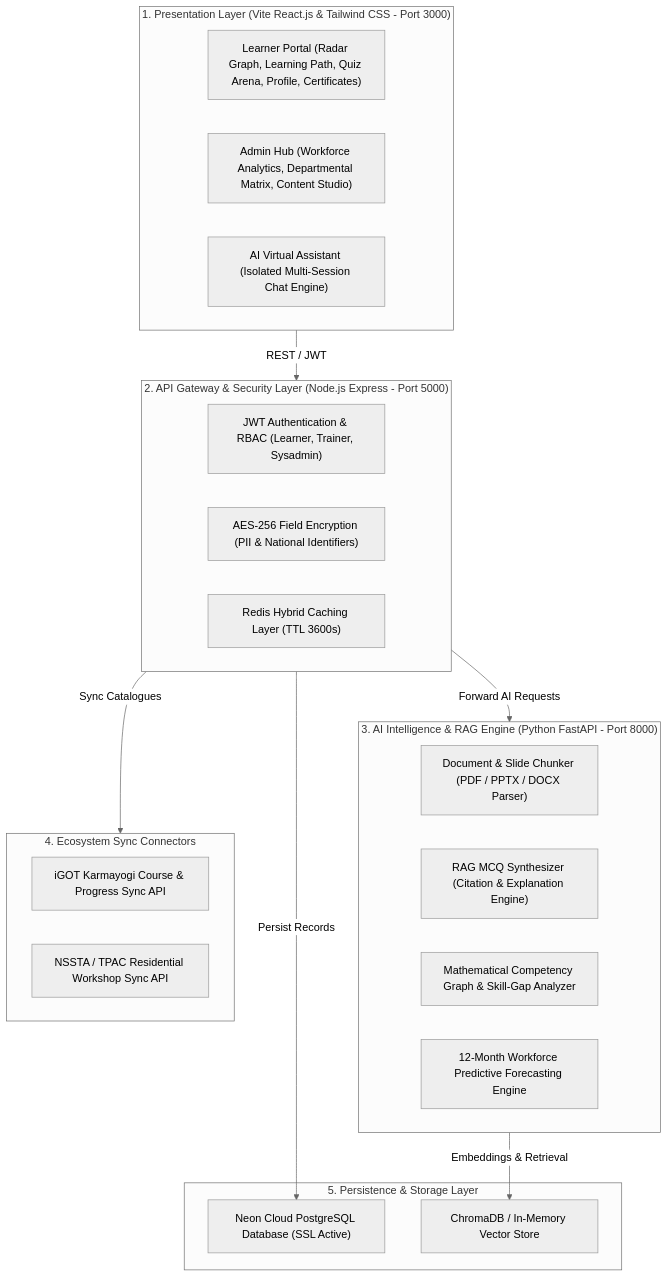
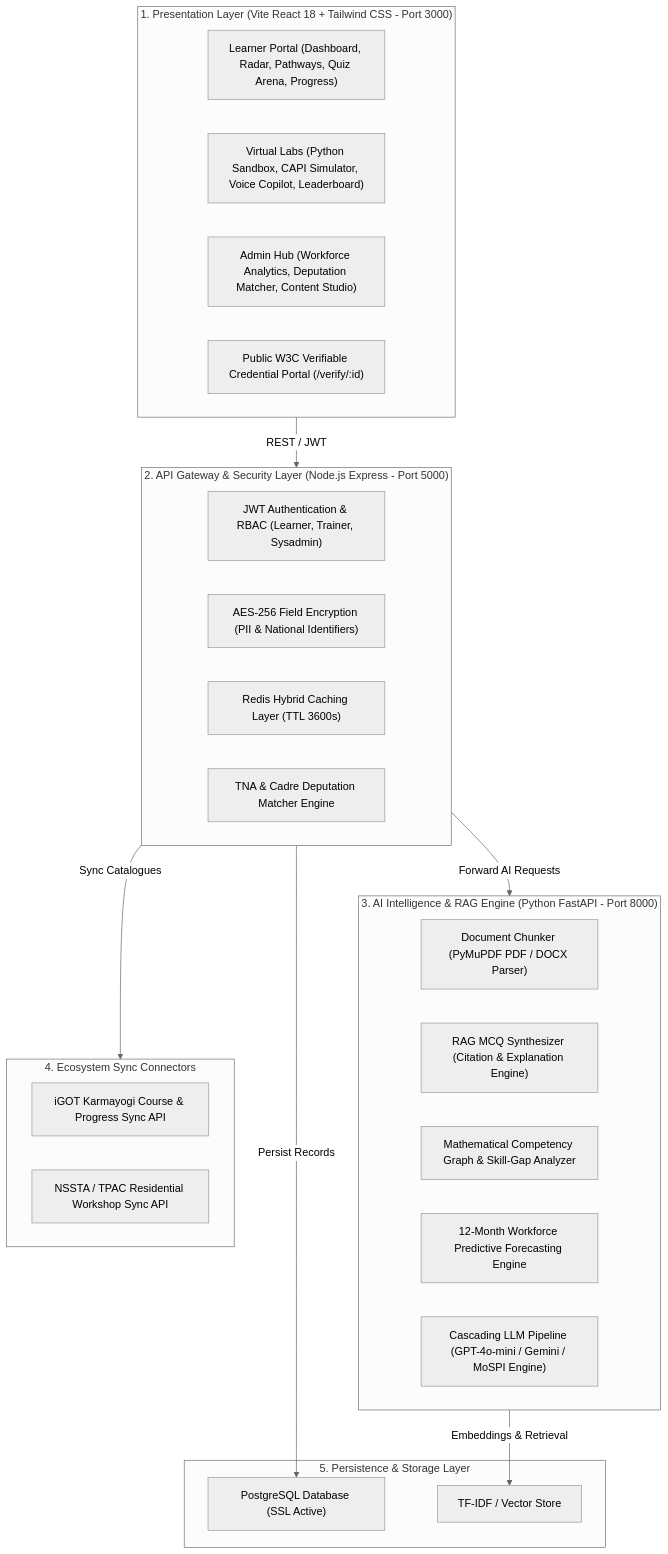
The diagram in README.md (Jayanta2004/Saksham-AI---SIH26), drawn with Mermaid (neutral theme) before and after one commit. The commit also changed other lines of this file, not shown here.

Commit message:
docs: update README with SIH 26101 metadata, all 6 features, endpoints catalog, and architecture

````diff
--- a/README.md
+++ b/README.md
@@ -68,37 +74,40 @@
 ```mermaid
 graph TD
-    subgraph UI ["1. Presentation Layer (Vite React.js & Tailwind CSS - Port 3000)"]
-        LearnerPortal["Learner Portal (Radar Graph, Learning Path, Quiz Arena, Profile, Certificates)"]
-        AdminPortal["Admin Hub (Workforce Analytics, Departmental Matrix, Content Studio)"]
-        AiChat["AI Virtual Assistant (Isolated Multi-Session Chat Engine)"]
+    subgraph UI ["1. Presentation Layer (Vite React 18 + Tailwind CSS - Port 3000)"]
+        LearnerPortal["Learner Portal (Dashboard, Radar, Pathways, Quiz Arena, Progress)"]
+        AdvancedLabs["Virtual Labs (Python Sandbox, CAPI Simulator, Voice Copilot, Leaderboard)"]
+        AdminPortal["Admin Hub (Workforce Analytics, Deputation Matcher, Content Studio)"]
+        PublicVerify["Public W3C Verifiable Credential Portal (/verify/:id)"]
     end
 
     subgraph Gateway ["2. API Gateway & Security Layer (Node.js Express - Port 5000)"]
         JWTAuth["JWT Authentication & RBAC (Learner, Trainer, Sysadmin)"]
         CryptoEngine["AES-256 Field Encryption (PII & National Identifiers)"]
         RedisCache["Redis Hybrid Caching Layer (TTL 3600s)"]
+        DeputationEngine["TNA & Cadre Deputation Matcher Engine"]
     end
 
     subgraph AI ["3. AI Intelligence & RAG Engine (Python FastAPI - Port 8000)"]
-        DocChunker["Document & Slide Chunker (PDF / PPTX / DOCX Parser)"]
+        DocChunker["Document Chunker (PyMuPDF PDF / DOCX Parser)"]
         MCQGen["RAG MCQ Synthesizer (Citation & Explanation Engine)"]
         GapAnalyzer["Mathematical Competency Graph & Skill-Gap Analyzer"]
         Predictor["12-Month Workforce Predictive Forecasting Engine"]
+        LLMChain["Cascading LLM Pipeline (GPT-4o-mini / Gemini / MoSPI Engine)"]
     end
 
     subgraph Integration ["4. Ecosystem Sync Connectors"]
         iGOTConnector["iGOT Karmayogi Course & Progress Sync API"]
         NSSTAConnector["NSSTA / TPAC Residential Workshop Sync API"]
     end
 
     subgraph Database ["5. Persistence & Storage Layer"]
-        PostgresDB["Neon Cloud PostgreSQL Database (SSL Active)"]
-        VectorDB["ChromaDB / In-Memory Vector Store"]
+        PostgresDB["PostgreSQL Database (SSL Active)"]
+        VectorDB["TF-IDF / Vector Store"]
     end
 
     UI -->|REST / JWT| Gateway
     Gateway -->|Forward AI Requests| AI
     Gateway -->|Sync Catalogues| Integration
     Gateway -->|Persist Records| PostgresDB
     AI -->|Embeddings & Retrieval| VectorDB
 ```
````
